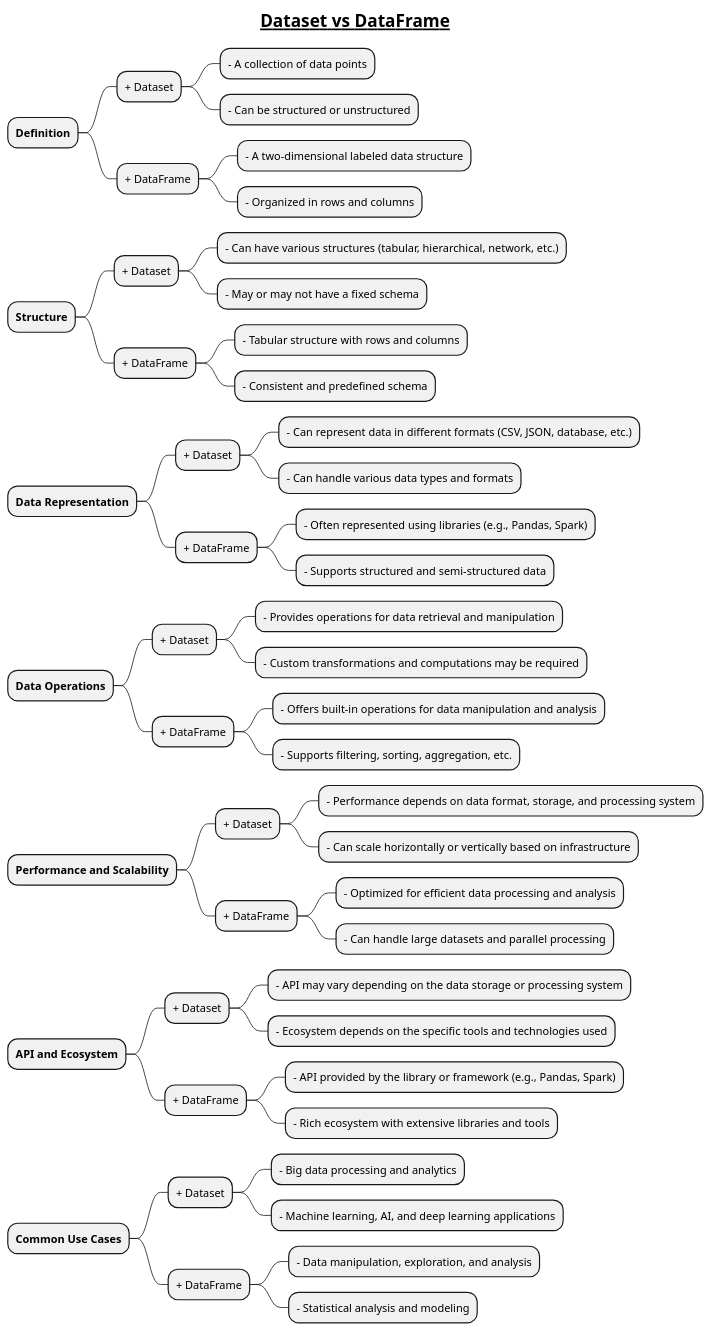
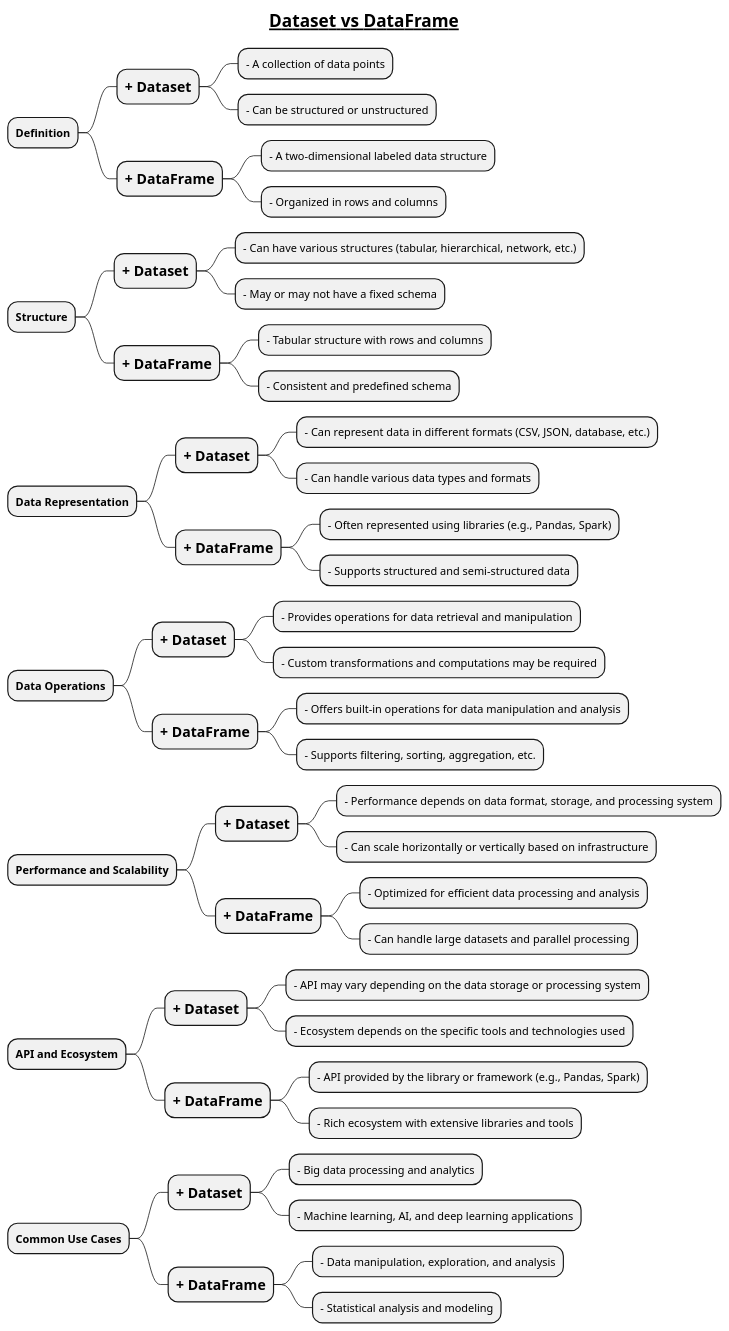
One commit to MehmoodHashmi/Documentation-as-Code-DaC changed the diagram in docs/AI-ML- DL-Data-Science-and-BigData/data-science-with-python/1-data-manipulation-libraries/Dataset-vs-DataFrame.puml. Above: the diagram before and after it, drawn with PlantUML. The commit also changed 24 other files, not shown here.

```diff
--- a/docs/AI-ML- DL-Data-Science-and-BigData/data-science-with-python/1-data-manipulation-libraries/Dataset-vs-DataFrame.puml
+++ b/docs/AI-ML- DL-Data-Science-and-BigData/data-science-with-python/1-data-manipulation-libraries/Dataset-vs-DataFrame.puml
@@ -1,61 +1,61 @@
 @startmindmap
 
 title =__ Dataset vs DataFrame __
 
 * **Definition**
-** + Dataset
+** =+ Dataset
 *** - A collection of data points
 *** - Can be structured or unstructured
-** + DataFrame
+** =+ DataFrame
 *** - A two-dimensional labeled data structure
 *** - Organized in rows and columns
 
 * **Structure**
-** + Dataset
+** =+ Dataset
 *** - Can have various structures (tabular, hierarchical, network, etc.)
 *** - May or may not have a fixed schema
-** + DataFrame
+** =+ DataFrame
 *** - Tabular structure with rows and columns
 *** - Consistent and predefined schema
 
 * **Data Representation**
-** + Dataset
+** =+ Dataset
 *** - Can represent data in different formats (CSV, JSON, database, etc.)
 *** - Can handle various data types and formats
-** + DataFrame
+** =+ DataFrame
 *** - Often represented using libraries (e.g., Pandas, Spark)
 *** - Supports structured and semi-structured data
 
 * **Data Operations**
-** + Dataset
+** =+ Dataset
 *** - Provides operations for data retrieval and manipulation
 *** - Custom transformations and computations may be required
-** + DataFrame
+** =+ DataFrame
 *** - Offers built-in operations for data manipulation and analysis
 *** - Supports filtering, sorting, aggregation, etc.
 
 * **Performance and Scalability**
-** + Dataset
+** =+ Dataset
 *** - Performance depends on data format, storage, and processing system
 *** - Can scale horizontally or vertically based on infrastructure
-** + DataFrame
+** =+ DataFrame
 *** - Optimized for efficient data processing and analysis
 *** - Can handle large datasets and parallel processing
 
 * **API and Ecosystem**
-** + Dataset
+** =+ Dataset
 *** - API may vary depending on the data storage or processing system
 *** - Ecosystem depends on the specific tools and technologies used
-** + DataFrame
+** =+ DataFrame
 *** - API provided by the library or framework (e.g., Pandas, Spark)
 *** - Rich ecosystem with extensive libraries and tools
 
 * **Common Use Cases**
-** + Dataset
+** =+ Dataset
 *** - Big data processing and analytics
 *** - Machine learning, AI, and deep learning applications
-** + DataFrame
+** =+ DataFrame
 *** - Data manipulation, exploration, and analysis
 *** - Statistical analysis and modeling
 
 @endmindmap
```
